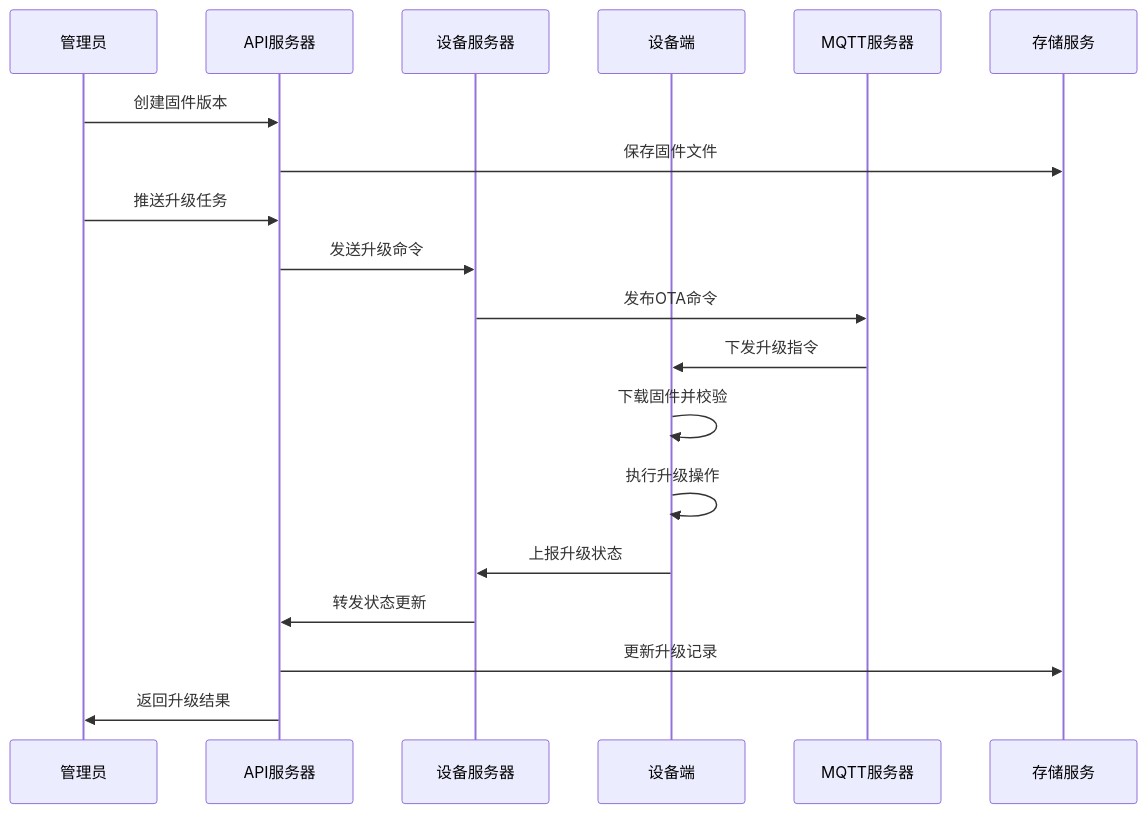
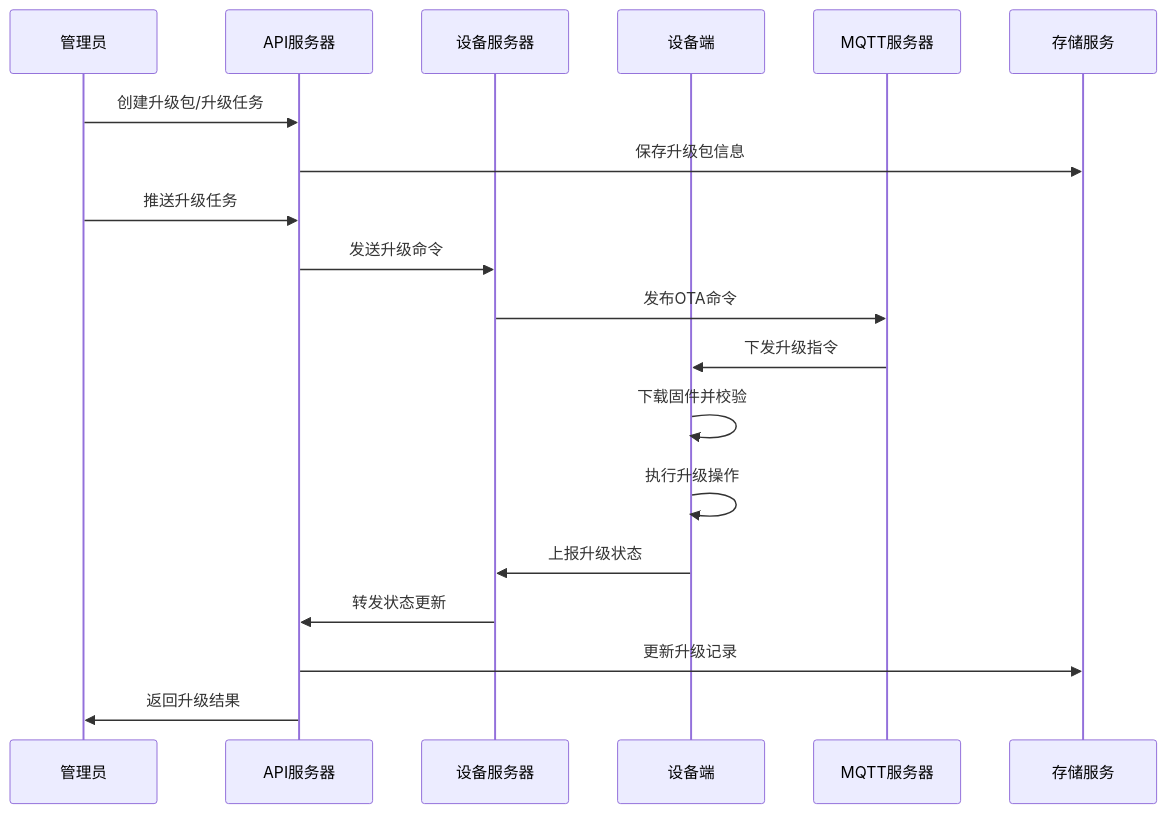
One commit to mcmrzy/cs_inv_monitor-develop changed the fifth of 11 diagrams in .qoder/repowiki/zh/content/OTA升级系统/OTA升级系统.md. Above: the diagram before and after it, drawn with Mermaid. The commit also changed other lines of this file and 128 other files, not shown here.

````diff
--- a/.qoder/repowiki/zh/content/OTA升级系统/OTA升级系统.md
+++ b/.qoder/repowiki/zh/content/OTA升级系统/OTA升级系统.md
@@ -211,21 +256,21 @@
 ```mermaid
 sequenceDiagram
 participant Admin as 管理员
 participant API as API服务器
 participant DeviceServer as 设备服务器
 participant Device as 设备端
 participant MQTT as MQTT服务器
 participant Storage as 存储服务
-Admin->>API : 创建固件版本
-API->>Storage : 保存固件文件
+Admin->>API : 创建升级包/升级任务
+API->>Storage : 保存升级包信息
 Admin->>API : 推送升级任务
 API->>DeviceServer : 发送升级命令
 DeviceServer->>MQTT : 发布OTA命令
 MQTT->>Device : 下发升级指令
 Device->>Device : 下载固件并校验
 Device->>Device : 执行升级操作
 Device->>DeviceServer : 上报升级状态
 DeviceServer->>API : 转发状态更新
 API->>Storage : 更新升级记录
 API->>Admin : 返回升级结果
 ```
````
